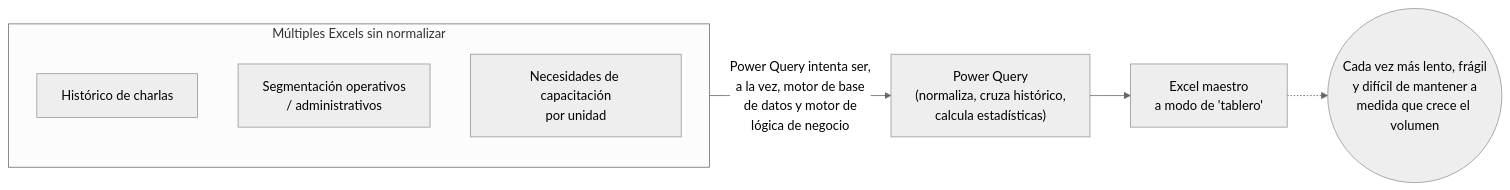
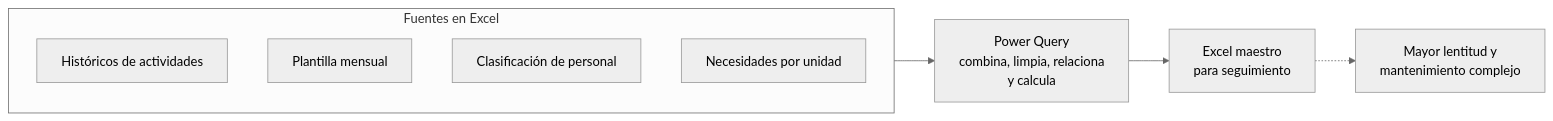
Before and after one commit to jminolli-e/case-studies: the first of 4 diagrams in capacitaciones.db/README.md, drawn with Mermaid (neutral theme). The commit also changed other lines of this file, not shown here.

````diff
--- a/capacitaciones.db/README.md
+++ b/capacitaciones.db/README.md
@@ -39,11 +63,13 @@
 ```mermaid
 flowchart LR
-    subgraph Fuentes["Múltiples Excels sin normalizar"]
-        F1["Histórico de charlas"]
-        F2["Segmentación operativos<br/>/ administrativos"]
-        F3["Necesidades de capacitación<br/>por unidad"]
+    subgraph Fuentes["Fuentes en Excel"]
+        F1["Históricos de actividades"]
+        F2["Plantilla mensual"]
+        F3["Clasificación de personal"]
+        F4["Necesidades por unidad"]
     end
-    Fuentes -->|"Power Query intenta ser,<br/>a la vez, motor de base<br/>de datos y motor de<br/>lógica de negocio"| PQ["Power Query<br/>(normaliza, cruza histórico,<br/>calcula estadísticas)"]
-    PQ --> TAB["Excel maestro<br/>a modo de 'tablero'"]
-    TAB -.-> P(("Cada vez más lento, frágil<br/>y difícil de mantener a<br/>medida que crece el volumen"))
+
+    Fuentes --> PQ["Power Query<br/>combina, limpia, relaciona<br/>y calcula"]
+    PQ --> EX["Excel maestro<br/>para seguimiento"]
+    EX -.-> L["Mayor lentitud y<br/>mantenimiento complejo"]
 ```
````
